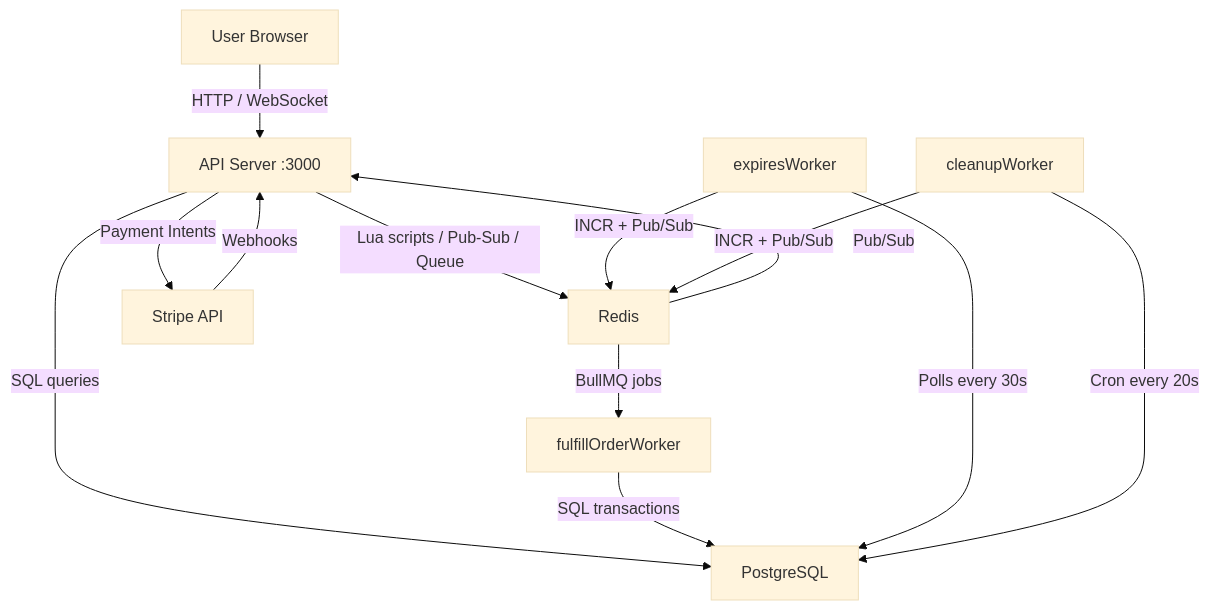
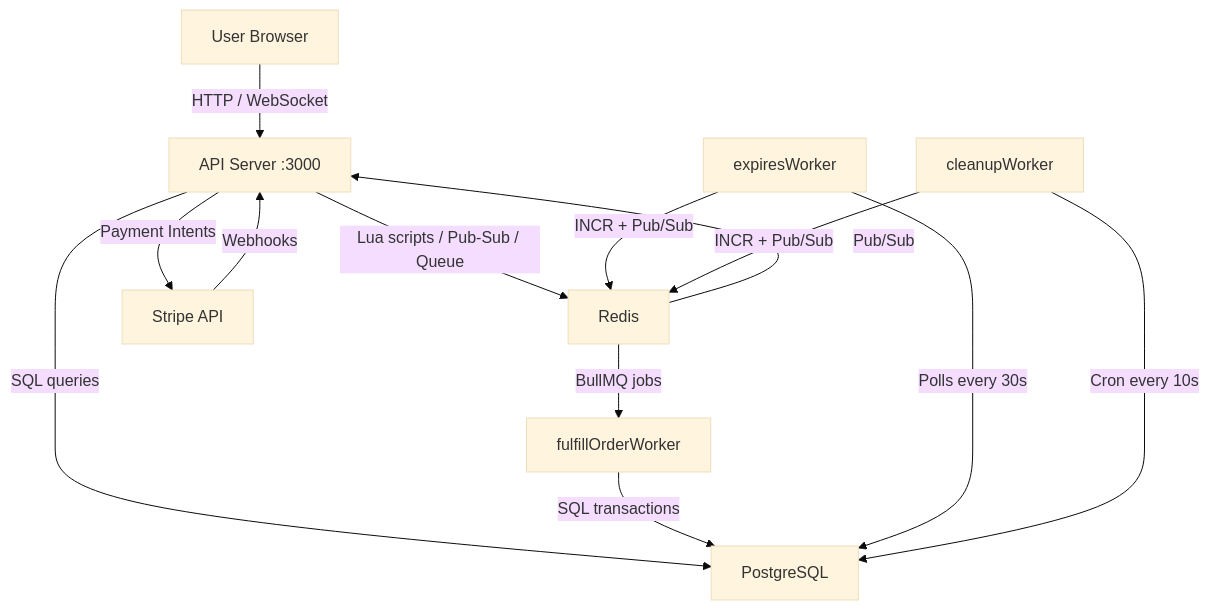
The first of 3 diagrams in PROJECT_DOCUMENTATION.md (TheBigWealth89/product_reservation), drawn with Mermaid (base theme) before and after one commit. The commit also changed other lines of this file and 17 other files, not shown here.

````diff
--- a/PROJECT_DOCUMENTATION.md
+++ b/PROJECT_DOCUMENTATION.md
@@ -38,15 +40,15 @@
 ```mermaid
 graph TD
     U["User Browser"] -->|HTTP / WebSocket| API["API Server :3000"]
     API -->|Lua scripts / Pub-Sub / Queue| R["Redis"]
     API -->|SQL queries| PG["PostgreSQL"]
     API -->|Payment Intents| ST["Stripe API"]
     ST -->|Webhooks| API
     R -->|BullMQ jobs| W1["fulfillOrderWorker"]
     R -->|Pub/Sub| API
     W1 -->|SQL transactions| PG
     W2["expiresWorker"] -->|Polls every 30s| PG
     W2 -->|INCR + Pub/Sub| R
-    W3["cleanupWorker"] -->|Cron every 20s| PG
+    W3["cleanupWorker"] -->|Cron every 10s| PG
     W3 -->|INCR + Pub/Sub| R
 ```
````
